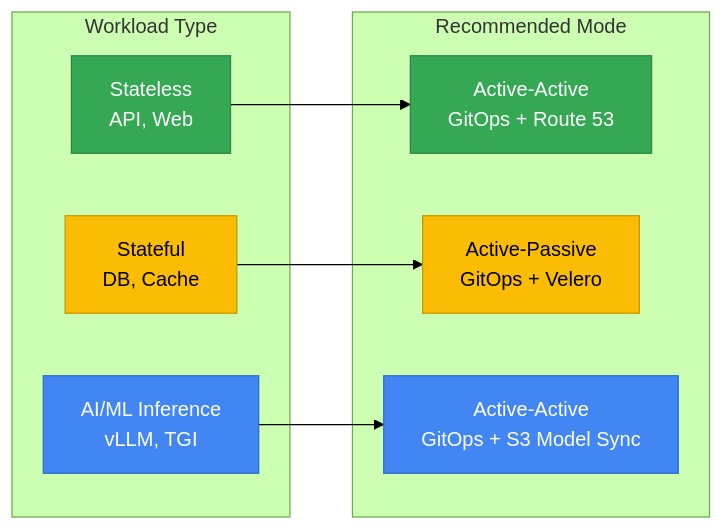
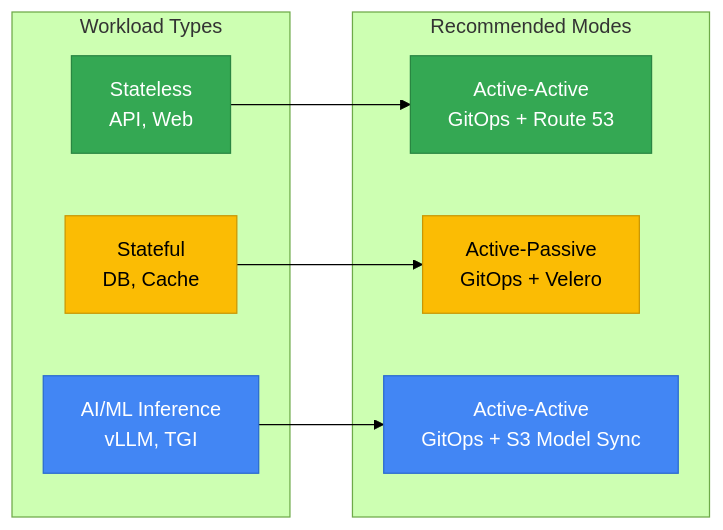
The seventh of 8 diagrams in i18n/en/docusaurus-plugin-content-docs/current/eks-best-practices/control-plane-scaling/cross-cluster-object-replication.md (devfloor9/engineering-playbook), drawn with Mermaid (forest theme) before and after one commit. The commit also changed other lines of this file and 95 other files, not shown here.

````diff
--- a/i18n/en/docusaurus-plugin-content-docs/current/eks-best-practices/control-plane-scaling/cross-cluster-object-replication.md
+++ b/i18n/en/docusaurus-plugin-content-docs/current/eks-best-practices/control-plane-scaling/cross-cluster-object-replication.md
@@ -281,25 +281,25 @@
 ```mermaid
 graph LR
-    subgraph "Workload Type"
+    subgraph "Workload Types"
         SL[Stateless<br/>API, Web]
         SF[Stateful<br/>DB, Cache]
         AI[AI/ML Inference<br/>vLLM, TGI]
     end
 
-    subgraph "Recommended Mode"
+    subgraph "Recommended Modes"
         AA[Active-Active<br/>GitOps + Route 53]
         AP[Active-Passive<br/>GitOps + Velero]
         AAM[Active-Active<br/>GitOps + S3 Model Sync]
     end
 
     SL --> AA
     SF --> AP
     AI --> AAM
 
     style SL fill:#34a853,stroke:#2a8642,color:#fff
     style SF fill:#fbbc04,stroke:#c99603,color:#000
     style AI fill:#4286f4,stroke:#2a6acf,color:#fff
     style AA fill:#34a853,stroke:#2a8642,color:#fff
     style AP fill:#fbbc04,stroke:#c99603,color:#000
     style AAM fill:#4286f4,stroke:#2a6acf,color:#fff
 ```
````
